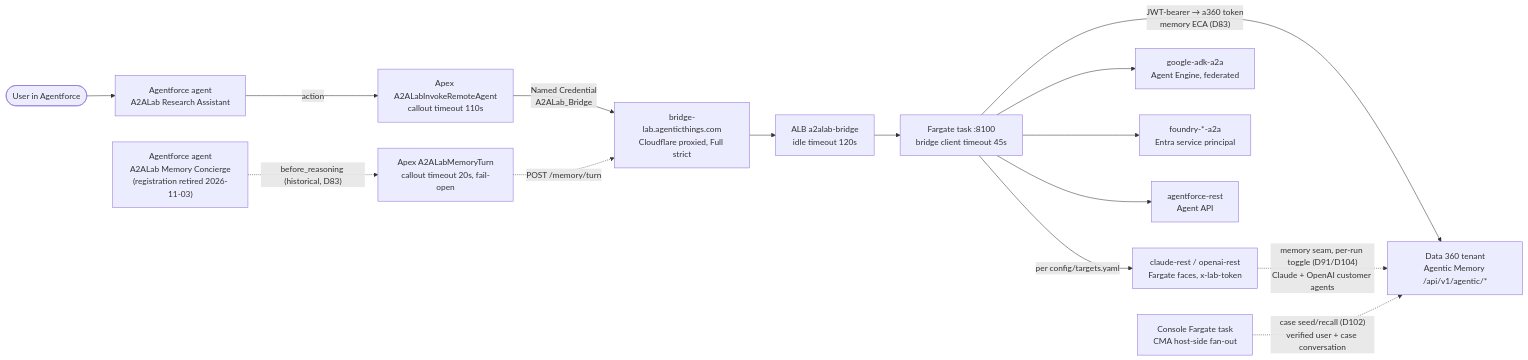
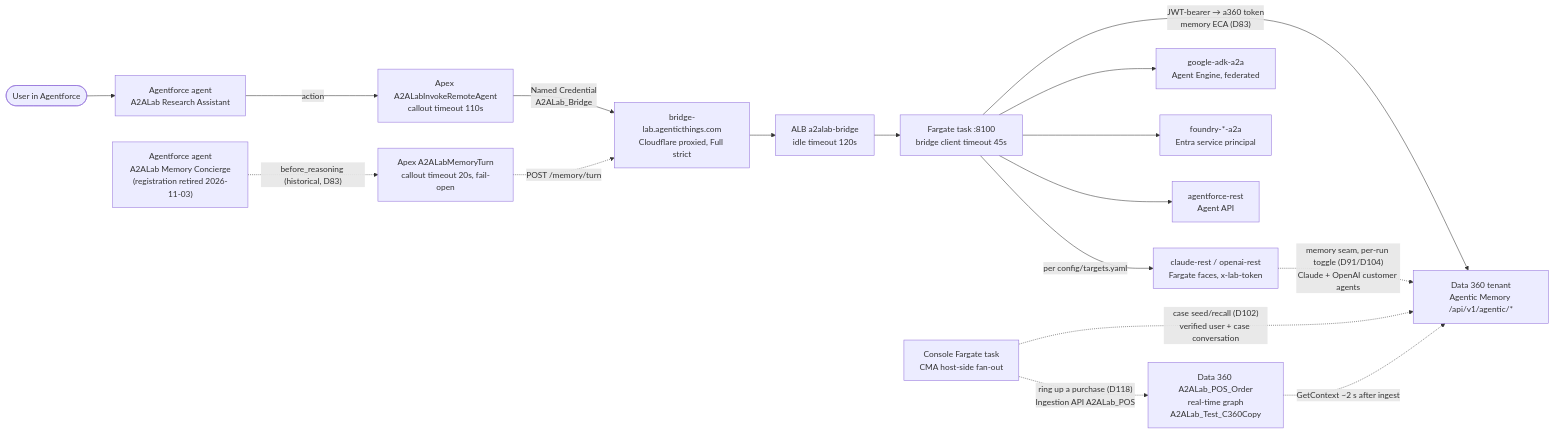
Before and after one commit to congmingwudi/a2a-lab: the fourth of 11 diagrams in plan/09-deployment-map.md, drawn with Mermaid. The commit also changed other lines of this file and 19 other files, not shown here.

First line of the commit message:
WS32 D118: real-time POS orders reach Agent Memory; console rings up purchases

````diff
--- a/plan/09-deployment-map.md
+++ b/plan/09-deployment-map.md
@@ -335,17 +335,19 @@
 ```mermaid
 flowchart LR
   USER(["User in Agentforce"]) --> AFA["Agentforce agent<br/>A2ALab Research Assistant"]
   AFA -->|"action"| APEX["Apex A2ALabInvokeRemoteAgent<br/>callout timeout 110s"]
   APEX -->|"Named Credential<br/>A2ALab_Bridge"| DNS["bridge-lab.agenticthings.com<br/>Cloudflare proxied, Full strict"]
   DNS --> ALBX["ALB a2alab-bridge<br/>idle timeout 120s"]
   ALBX --> BRX["Fargate task :8100<br/>bridge client timeout 45s"]
   BRX -->|"per config/targets.yaml"| T1["claude-rest / openai-rest<br/>Fargate faces, x-lab-token"]
   BRX --> T2["google-adk-a2a<br/>Agent Engine, federated"]
   BRX --> T3["foundry-*-a2a<br/>Entra service principal"]
   BRX --> T4["agentforce-rest<br/>Agent API"]
   CON["Agentforce agent<br/>A2ALab Memory Concierge<br/>(registration retired 2026-11-03)"] -.->|"before_reasoning (historical, D83)"| MAPEX["Apex A2ALabMemoryTurn<br/>callout timeout 20s, fail-open"]
   MAPEX -.->|"POST /memory/turn"| DNS
   BRX -->|"JWT-bearer → a360 token<br/>memory ECA (D83)"| MEM["Data 360 tenant<br/>Agentic Memory /api/v1/agentic/*"]
   T1 -.->|"memory seam, per-run toggle (D91/D104)<br/>Claude + OpenAI customer agents"| MEM
   CMA["Console Fargate task<br/>CMA host-side fan-out"] -.->|"case seed/recall (D102)<br/>verified user + case conversation"| MEM
+  CMA -.->|"ring up a purchase (D118)<br/>Ingestion API A2ALab_POS"| POSDMO["Data 360 A2ALab_POS_Order<br/>real-time graph<br/>A2ALab_Test_C360Copy"]
+  POSDMO -.->|"GetContext ~2 s after ingest"| MEM
 ```
````
